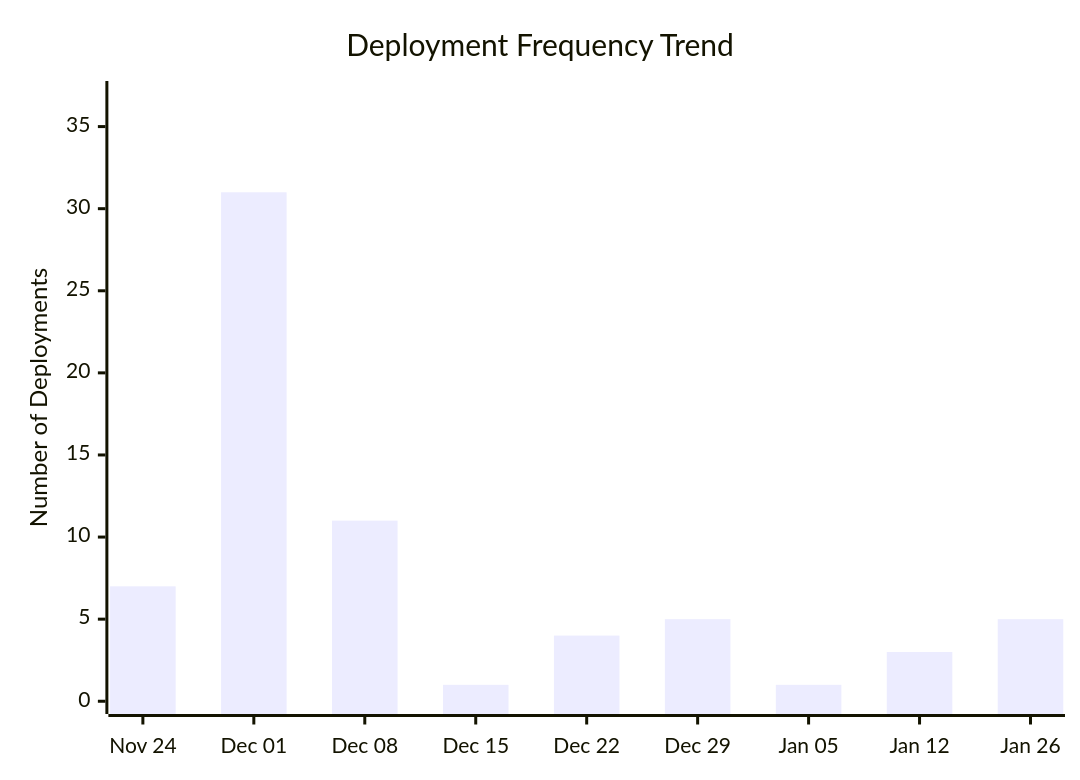
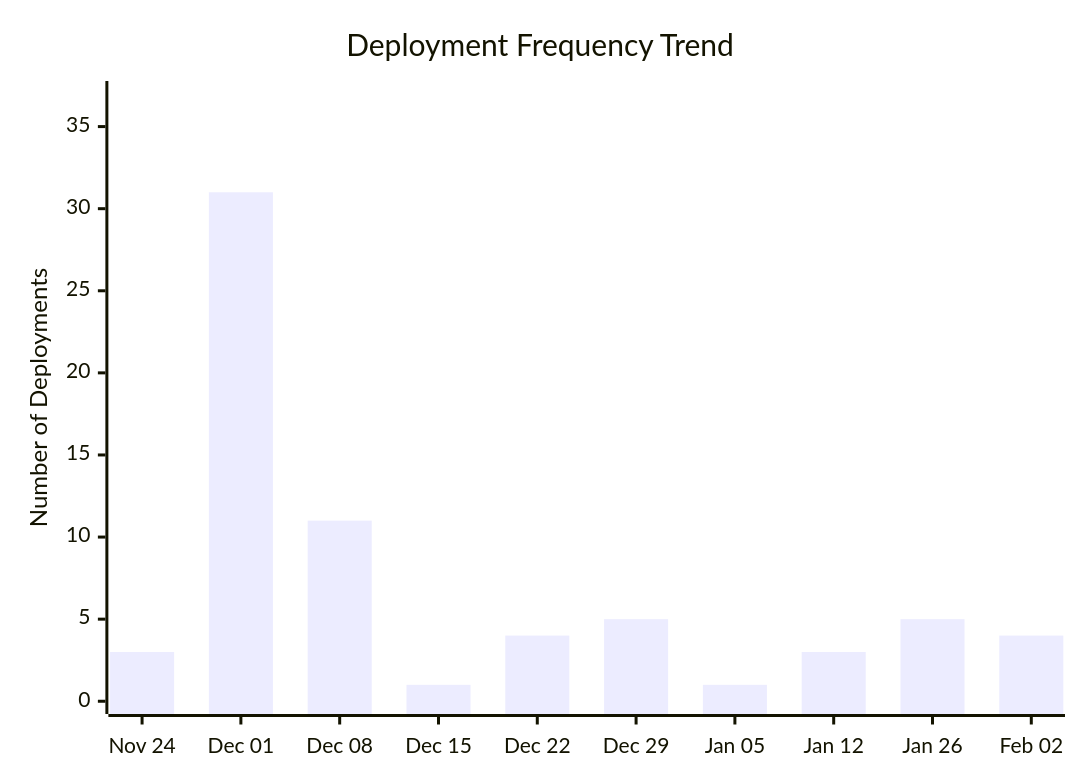
One commit to ukma-cs-ssdm-2025/rate-ukma changed the third of 4 diagrams in docs/ci-cd/dora-summary.md. Above: the diagram before and after it, drawn with Mermaid. The commit also changed other lines of this file, not shown here.

````diff
--- a/docs/ci-cd/dora-summary.md
+++ b/docs/ci-cd/dora-summary.md
@@ -53,7 +53,7 @@
 ```mermaid
 xychart-beta
     title "Deployment Frequency Trend"
-    x-axis ["Nov 24", "Dec 01", "Dec 08", "Dec 15", "Dec 22", "Dec 29", "Jan 05", "Jan 12", "Jan 26"]
+    x-axis ["Nov 24", "Dec 01", "Dec 08", "Dec 15", "Dec 22", "Dec 29", "Jan 05", "Jan 12", "Jan 26", "Feb 02"]
     y-axis "Number of Deployments" 0 --> 37
-    bar [7.00, 31.00, 11.00, 1.00, 4.00, 5.00, 1.00, 3.00, 5.00]
+    bar [3.00, 31.00, 11.00, 1.00, 4.00, 5.00, 1.00, 3.00, 5.00, 4.00]
 ```
````
